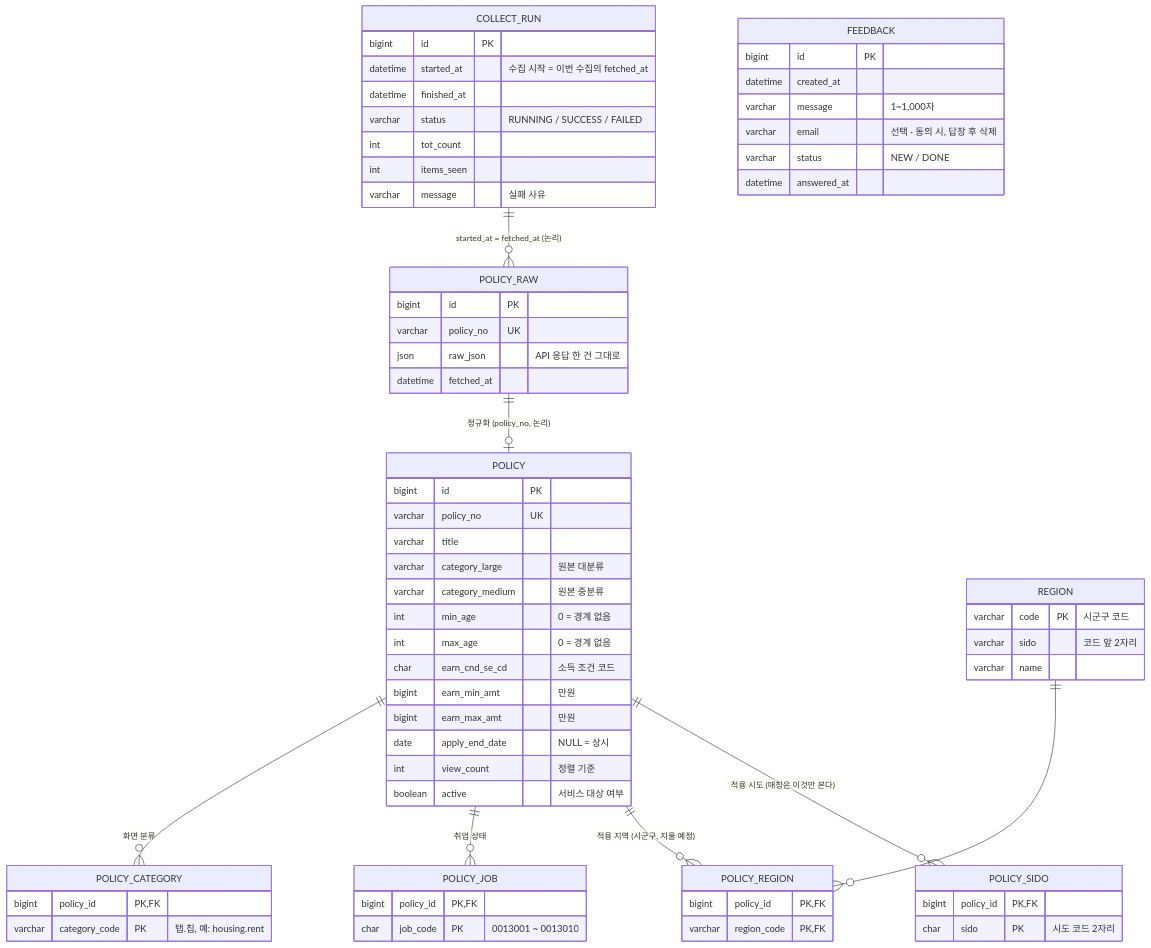
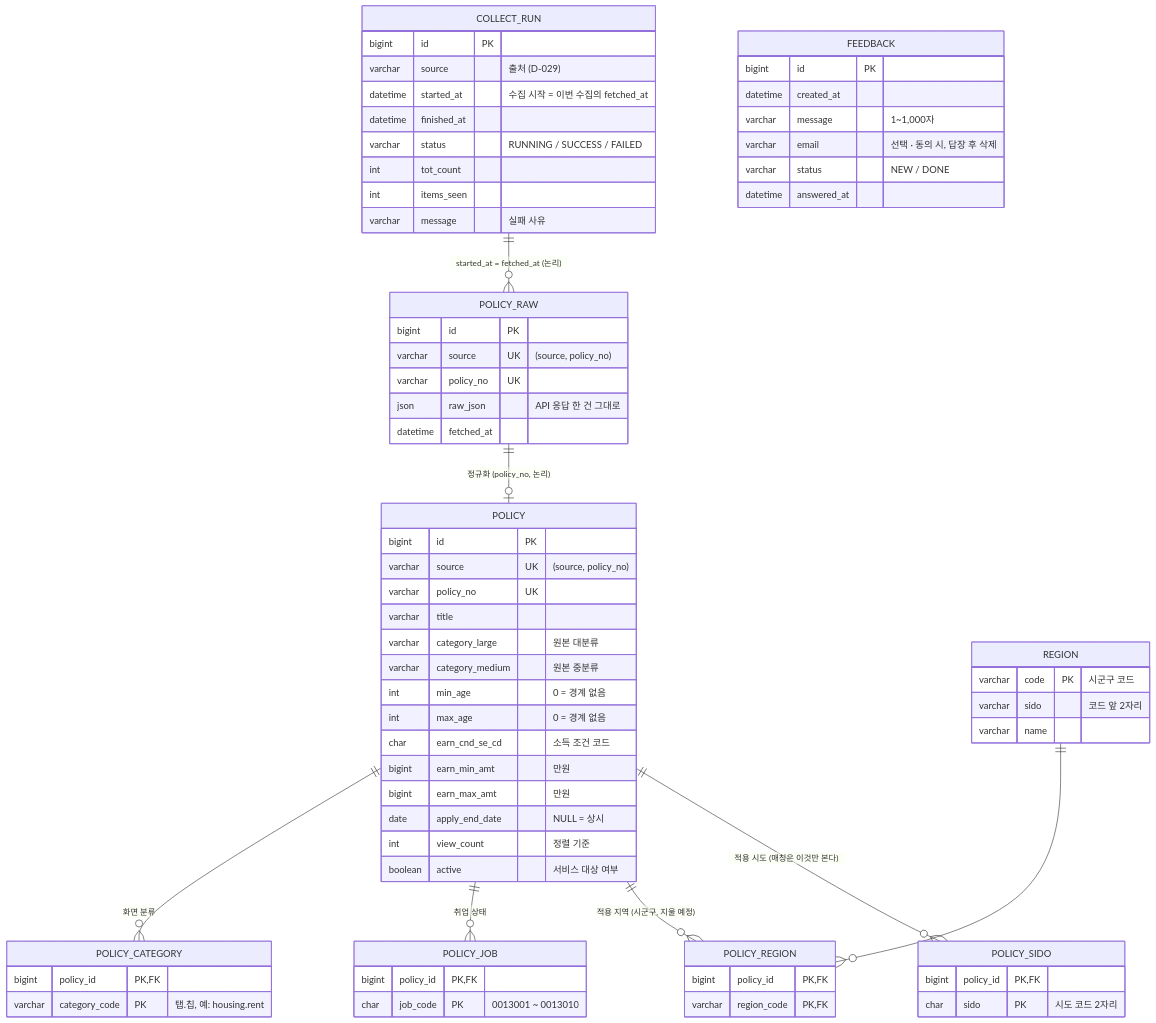
One commit to lhjunkr/public-data-site changed the first of 2 diagrams in docs/erd.md. Above: the diagram before and after it, drawn with Mermaid. The commit also changed other lines of this file and 13 other files, not shown here.

Commit message:
12/7 V10: source 칸 · 유니크 키 (source, policy_no) · 온통청년 수집 · 정규화를 출처별로

````diff
--- a/docs/erd.md
+++ b/docs/erd.md
@@ -15,78 +15,81 @@
 ```mermaid
 erDiagram
     COLLECT_RUN ||--o{ POLICY_RAW : "started_at = fetched_at (논리)"
     POLICY_RAW ||--o| POLICY : "정규화 (policy_no, 논리)"
     POLICY ||--o{ POLICY_SIDO : "적용 시도 (매칭은 이것만 본다)"
     POLICY ||--o{ POLICY_REGION : "적용 지역 (시군구, 지울 예정)"
     REGION ||--o{ POLICY_REGION : ""
     POLICY ||--o{ POLICY_JOB : "취업 상태"
     POLICY ||--o{ POLICY_CATEGORY : "화면 분류"
 
     COLLECT_RUN {
         bigint   id PK
+        varchar  source "출처 (D-029)"
         datetime started_at "수집 시작 = 이번 수집의 fetched_at"
         datetime finished_at
         varchar  status "RUNNING / SUCCESS / FAILED"
         int      tot_count
         int      items_seen
         varchar  message "실패 사유"
     }
 
     POLICY_RAW {
         bigint   id PK
+        varchar  source UK "(source, policy_no)"
         varchar  policy_no UK
         json     raw_json "API 응답 한 건 그대로"
         datetime fetched_at
     }
 
     POLICY {
         bigint   id PK
+        varchar  source UK "(source, policy_no)"
         varchar  policy_no UK
         varchar  title
         varchar  category_large "원본 대분류"
         varchar  category_medium "원본 중분류"
         int      min_age "0 = 경계 없음"
         int      max_age "0 = 경계 없음"
         char     earn_cnd_se_cd "소득 조건 코드"
         bigint   earn_min_amt "만원"
         bigint   earn_max_amt "만원"
         date     apply_end_date "NULL = 상시"
         int      view_count "정렬 기준"
         boolean  active "서비스 대상 여부"
     }
 
     REGION {
         varchar code PK "시군구 코드"
         varchar sido "코드 앞 2자리"
         varchar name
     }
 
     POLICY_SIDO {
         bigint policy_id PK, FK
         char   sido PK "시도 코드 2자리"
     }
 
     POLICY_REGION {
         bigint  policy_id PK, FK
         varchar region_code PK, FK
     }
 
     POLICY_JOB {
         bigint policy_id PK, FK
         char   job_code PK "0013001 ~ 0013010"
     }
 
     POLICY_CATEGORY {
         bigint  policy_id PK, FK
         varchar category_code PK "탭.칩, 예: housing.rent"
     }
 
     FEEDBACK {
         bigint   id PK
         datetime created_at
         varchar  message "1~1,000자"
         varchar  email "선택 · 동의 시, 답장 후 삭제"
         varchar  status "NEW / DONE"
         datetime answered_at
     }
 ```
````
